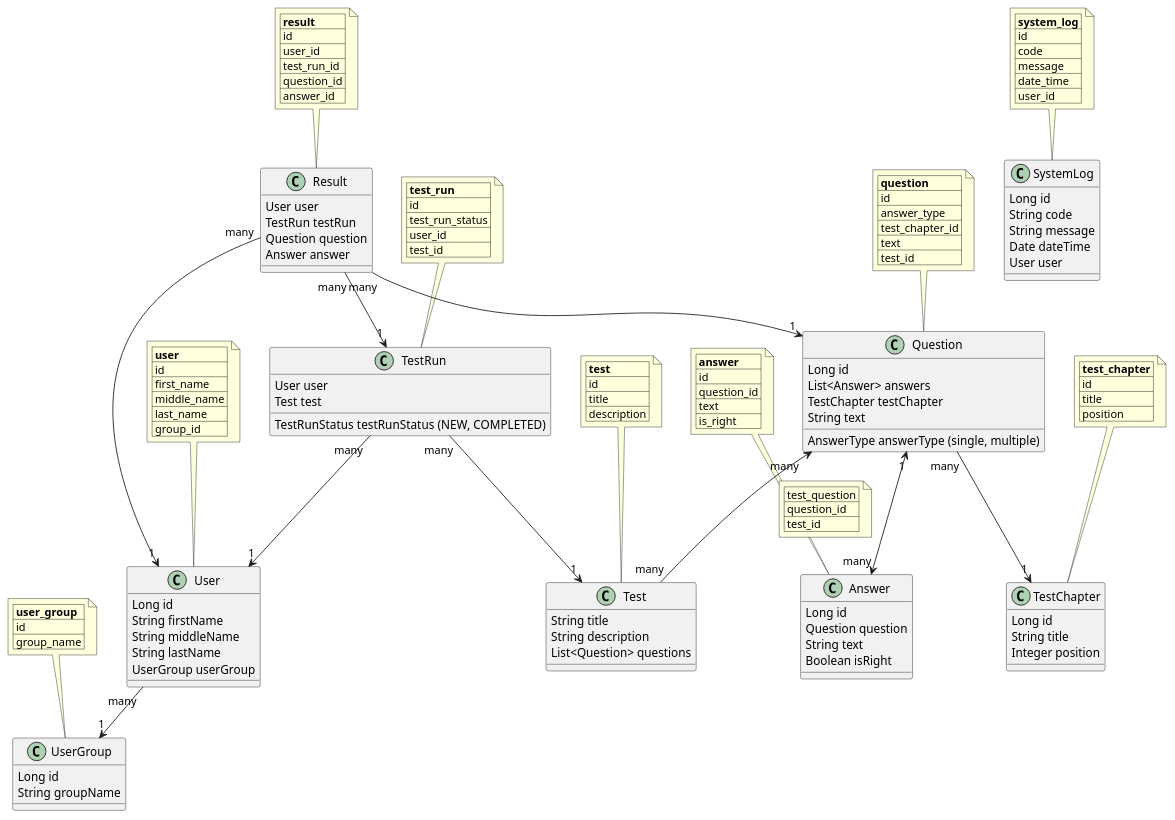
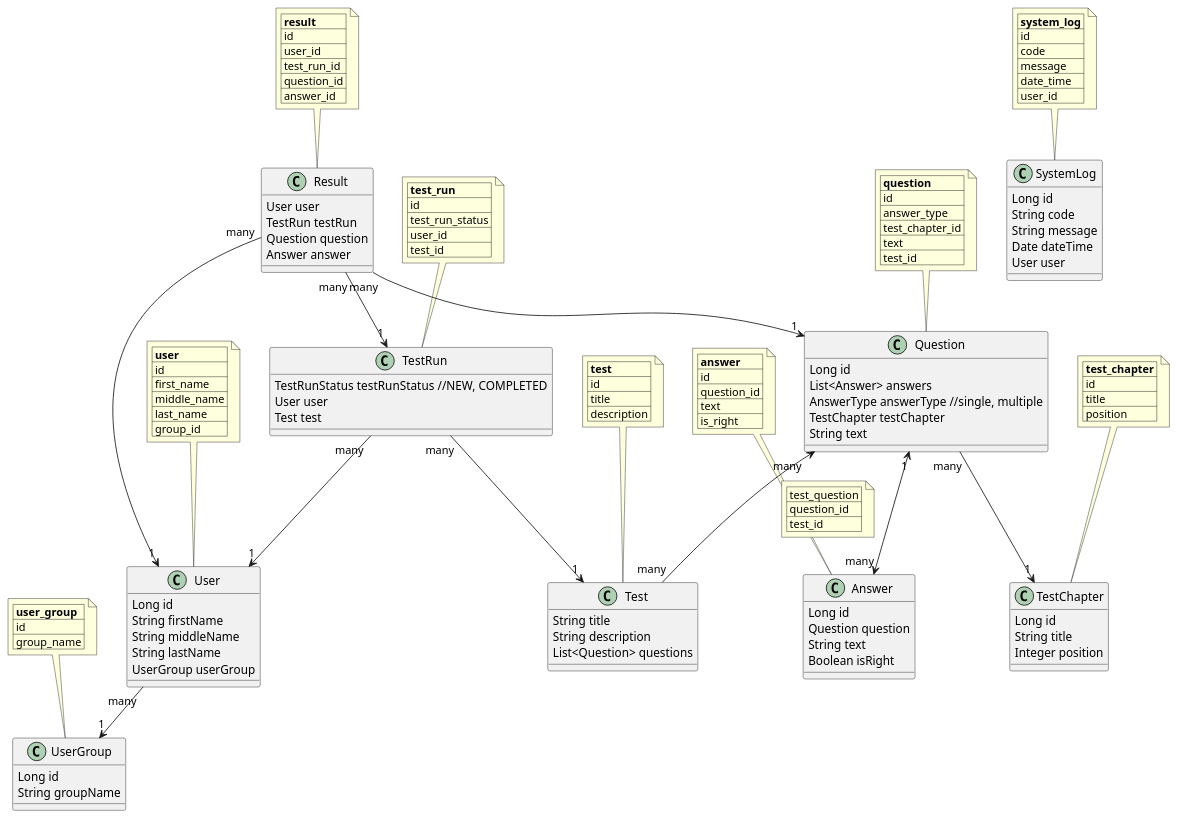
One commit to ikhoroshev/SBTTraineeship changed the diagram in practise/diagrams/Domain.puml. Above: the diagram before and after it, drawn with PlantUML.

Commit message:
Исправления в диаграмма доменных объектов

```diff
--- a/practise/diagrams/Domain.puml
+++ b/practise/diagrams/Domain.puml
@@ -1,161 +1,161 @@
 @startuml
 
 class User {
     Long id
     String firstName
     String middleName
     String lastName
     UserGroup userGroup
 }
 
 note top of User
    |= user |
    | id |
    | first_name |
    | middle_name |
    | last_name |
    | group_id |
 end note
 
 class UserGroup {
     Long id
     String groupName
 }
 
 note top of UserGroup
    |= user_group |
    | id |
    | group_name |
 end note
 
 User "many" --> "1" UserGroup
 
 class SystemLog {
     Long id
     String code
     String message
     Date dateTime
     User user
 }
 
 note top of SystemLog
    |= system_log |
    | id |
    | code |
    | message |
    | date_time |
    | user_id |
 end note
 
 
 class Question {
     Long id
     List<Answer> answers
-    AnswerType answerType (single, multiple)
+    AnswerType answerType //single, multiple
     TestChapter testChapter
     String text
 }
 
 note top of Question
    |= question |
    | id |
    | answer_type |
    | test_chapter_id |
    | text |
    | test_id |
 end note
 
 
 Question "many" --> "1" TestChapter
 
 Question "1" <--> "many" Answer
 
 class Answer {
     Long id
     Question question
     String text
     Boolean isRight
 }
 
 note top of Answer
    |= answer |
    | id |
    | question_id |
    | text |
    | is_right |
 end note
 
 class Result {
     User user
     TestRun testRun
     Question question
     Answer answer
 }
 
 note top of Result
    |= result |
    | id |
    | user_id |
    | test_run_id |
    | question_id |
    | answer_id |
 end note
 
 
 class Test {
     String title
     String description
     List<Question> questions
 }
 
 note top of Test
    |= test |
    | id |
    | title |
    | description |
 end note
 
 
 Question "many" <-- "many" Test
 
 note right on link
 	| test_question |
 	| question_id |
 	| test_id |
 end note
 
 class TestChapter {
     Long id
     String title
     Integer position
 }
 
 note top of TestChapter
    |= test_chapter |
    | id |
    | title |
    | position |
 end note
 
 class TestRun {
-    TestRunStatus testRunStatus (NEW, COMPLETED)
+    TestRunStatus testRunStatus //NEW, COMPLETED
     User user
     Test test
 }
 
 note top of TestRun
    |= test_run |
    | id |
    | test_run_status |
    | user_id |
    | test_id |
 end note
 
 TestRun "many" --> "1" Test
 TestRun "many" --> "1" User
 Result "many" --> "1" User
 Result "many" --> "1" TestRun
 Result "many" --> "1" Question
 
 
 @enduml
```
